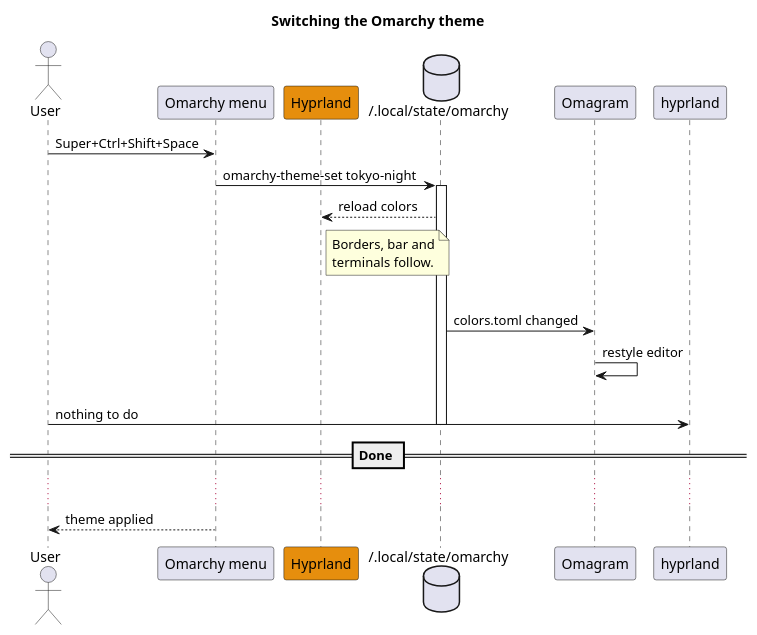
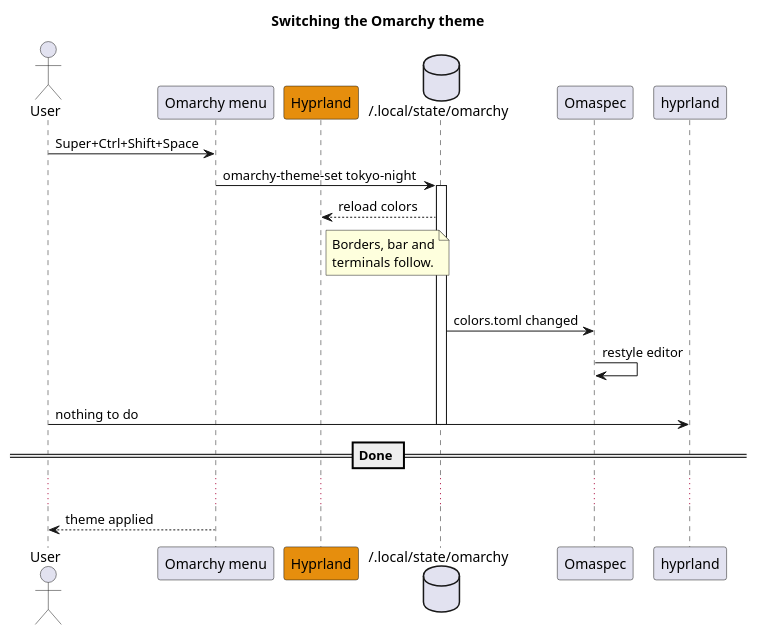
Before and after one commit to enhapu-afk/omaspec: the diagram in spikes/editor/sample.puml, drawn with PlantUML. The commit also changed 539 other files, not shown here.

```diff
--- a/spikes/editor/sample.puml
+++ b/spikes/editor/sample.puml
@@ -2,30 +2,30 @@
 @startuml theme-switch
 title Switching the Omarchy theme
 
 actor User
 participant "Omarchy menu" as Menu
 participant Hyprland #e68e0d
 database "~/.local/state/omarchy" as State
 
 /' Everything below reacts to
    the new colors.toml '/
 User -> Menu : Super+Ctrl+Shift+Space
 Menu -> State : omarchy-theme-set tokyo-night
 activate State
 State --> Hyprland : reload colors
 note right of Hyprland
   Borders, bar and
   terminals follow.
 end note
 
-alt Omagram is running
-  State -> Omagram : colors.toml changed
-  Omagram -> Omagram : restyle editor
+alt Omaspec is running
+  State -> Omaspec : colors.toml changed
+  Omaspec -> Omaspec : restyle editor
 else not running
   User -> hyprland : nothing to do
 deactivate State
 
 == Done ==
 ...
 User <-- Menu : theme applied
 @enduml
```
